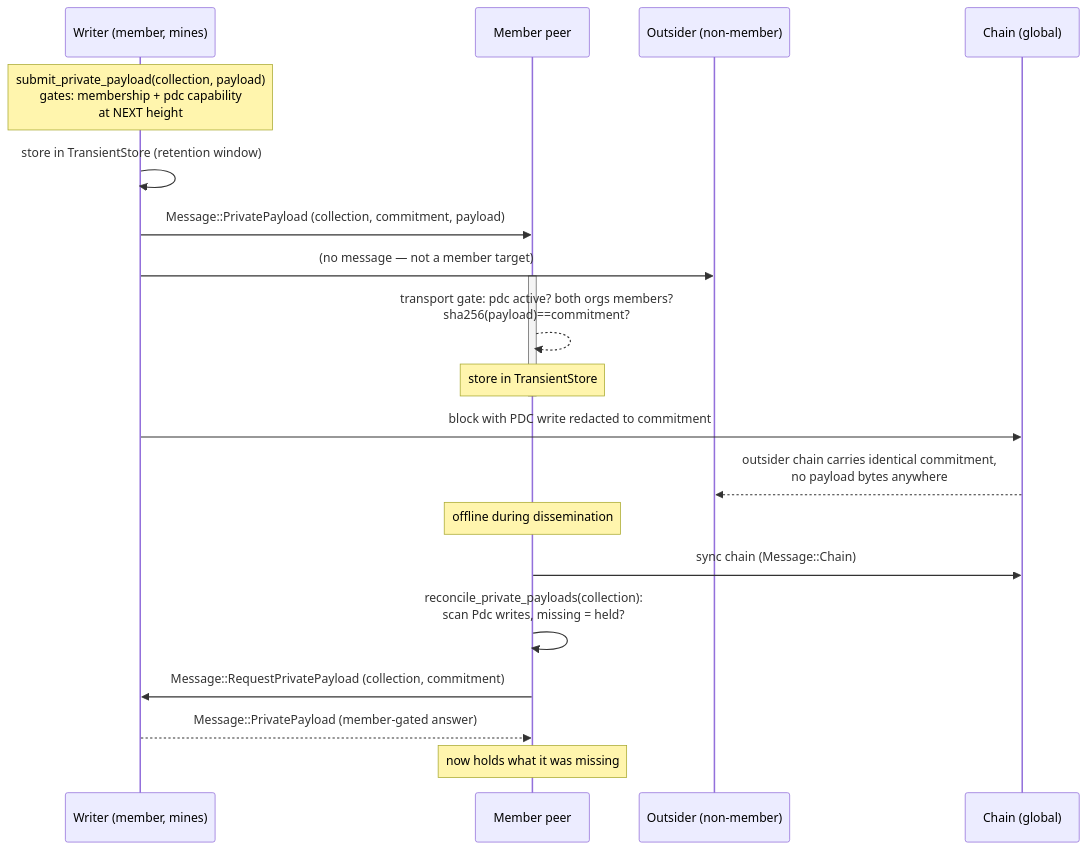
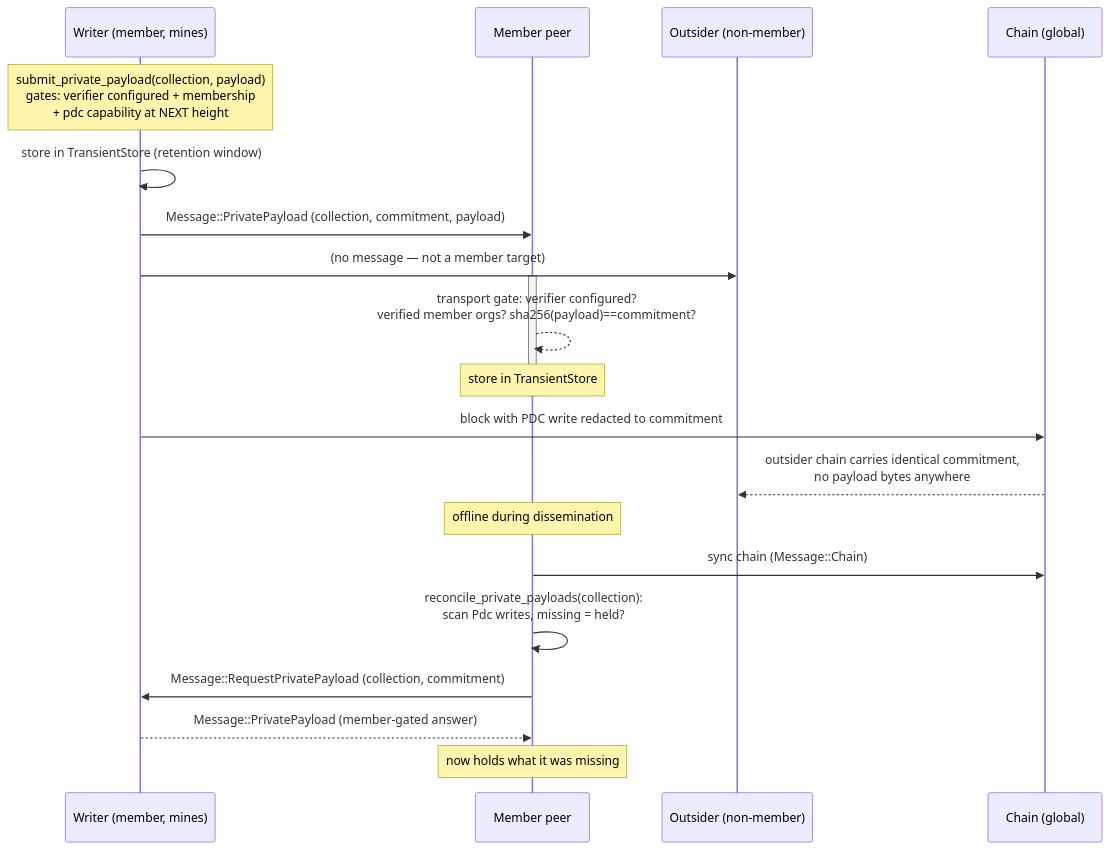
One commit to dbbvitor/GlassChain changed the second of 2 diagrams in docs/privacy-and-identity.md. Above: the diagram before and after it, drawn with Mermaid. The commit also changed other lines of this file and 7 other files, not shown here.

````diff
--- a/docs/privacy-and-identity.md
+++ b/docs/privacy-and-identity.md
@@ -568,25 +568,25 @@
 ```mermaid
 sequenceDiagram
     participant W as Writer (member, mines)
     participant M as Member peer
     participant O as Outsider (non-member)
     participant C as Chain (global)
 
-    Note over W: submit_private_payload(collection, payload)<br/>gates: membership + pdc capability<br/>at NEXT height
+    Note over W: submit_private_payload(collection, payload)<br/>gates: verifier configured + membership<br/>+ pdc capability at NEXT height
     W->>W: store in TransientStore (retention window)
     W->>M: Message::PrivatePayload (collection, commitment, payload)
     W->>O: (no message — not a member target)
     activate M
-    M-->>M: transport gate: pdc active? both orgs members?<br/>sha256(payload)==commitment?
+    M-->>M: transport gate: verifier configured?<br/>verified member orgs? sha256(payload)==commitment?
     Note over M: store in TransientStore
     deactivate M
     W->>C: block with PDC write redacted to commitment
     C-->>O: outsider chain carries identical commitment,<br/>no payload bytes anywhere
 
     Note over M: offline during dissemination
     M->>C: sync chain (Message::Chain)
     M->>M: reconcile_private_payloads(collection):<br/>scan Pdc writes, missing = held?
     M->>W: Message::RequestPrivatePayload (collection, commitment)
     W-->>M: Message::PrivatePayload (member-gated answer)
     Note over M: now holds what it was missing
 ```
````
